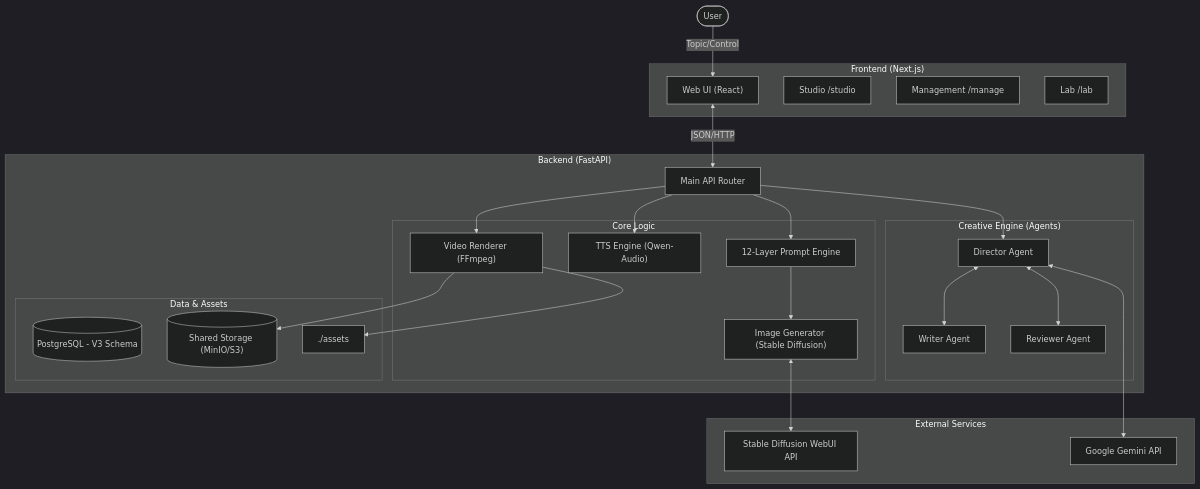
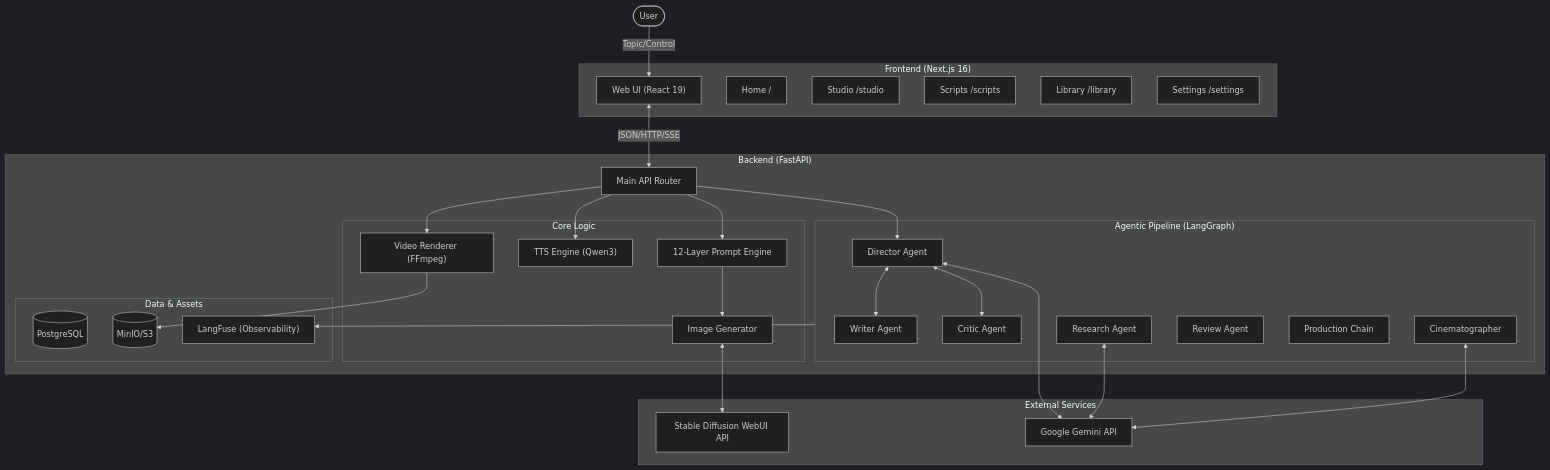
Before and after one commit to tomo-playground/sdd-orchestrator: the diagram in README.md, drawn with Mermaid (dark theme). The commit also changed other lines of this file and 45 other files, not shown here.

````diff
--- a/README.md
+++ b/README.md
@@ -9,59 +9,65 @@
 ```mermaid
 graph TD
-    %% Nodes
     User([User])
-    
-    subgraph Frontend ["Frontend (Next.js)"]
-        UI["Web UI (React)"]
+
+    subgraph Frontend ["Frontend (Next.js 16)"]
+        UI["Web UI (React 19)"]
+        Home["Home /"]
         Studio["Studio /studio"]
-        Manage["Management /manage"]
-        Lab["Lab /lab"]
+        Scripts["Scripts /scripts"]
+        Library["Library /library"]
+        Settings["Settings /settings"]
     end
-    
+
     subgraph Backend ["Backend (FastAPI)"]
         API["Main API Router"]
-        
-        subgraph Creative ["Creative Engine (Agents)"]
+
+        subgraph Agent ["Agentic Pipeline (LangGraph)"]
             Director["Director Agent"]
             Writer["Writer Agent"]
-            Reviewer["Reviewer Agent"]
+            Critic["Critic Agent"]
+            Research["Research Agent"]
+            Cinematographer["Cinematographer"]
+            Review["Review Agent"]
+            Production["Production Chain"]
         end
 
         subgraph Logic ["Core Logic"]
             PromptEng["12-Layer Prompt Engine"]
-            GenImg["Image Generator (Stable Diffusion)"]
-            TTS["TTS Engine (Qwen-Audio)"]
+            GenImg["Image Generator"]
+            TTS["TTS Engine (Qwen3)"]
             Renderer["Video Renderer (FFmpeg)"]
         end
-        
+
         subgraph Data ["Data & Assets"]
-            DB[("PostgreSQL - V3 Schema")]
-            Storage[("Shared Storage (MinIO/S3)")]
-            AssetsDir["./assets"]
+            DB[("PostgreSQL")]
+            Storage[("MinIO/S3")]
+            LangFuse["LangFuse (Observability)"]
         end
     end
 
     subgraph External ["External Services"]
         SD_API["Stable Diffusion WebUI API"]
         Gemini_API["Google Gemini API"]
     end
 
-    %% Connections
     User -->|Topic/Control| UI
-    UI <-->|JSON/HTTP| API
-    
+    UI <-->|JSON/HTTP/SSE| API
+
     API --> Director
     Director <--> Writer
-    Director <--> Reviewer
+    Director <--> Critic
     Director <--> Gemini_API
-    
+    Research <--> Gemini_API
+    Cinematographer <--> Gemini_API
+
     API --> PromptEng
     PromptEng --> GenImg
     GenImg <--> SD_API
-    
+
     API --> TTS
     API --> Renderer
-    
-    Renderer --> AssetsDir
+
     Renderer --> Storage
+    Agent --> LangFuse
 ```
````
